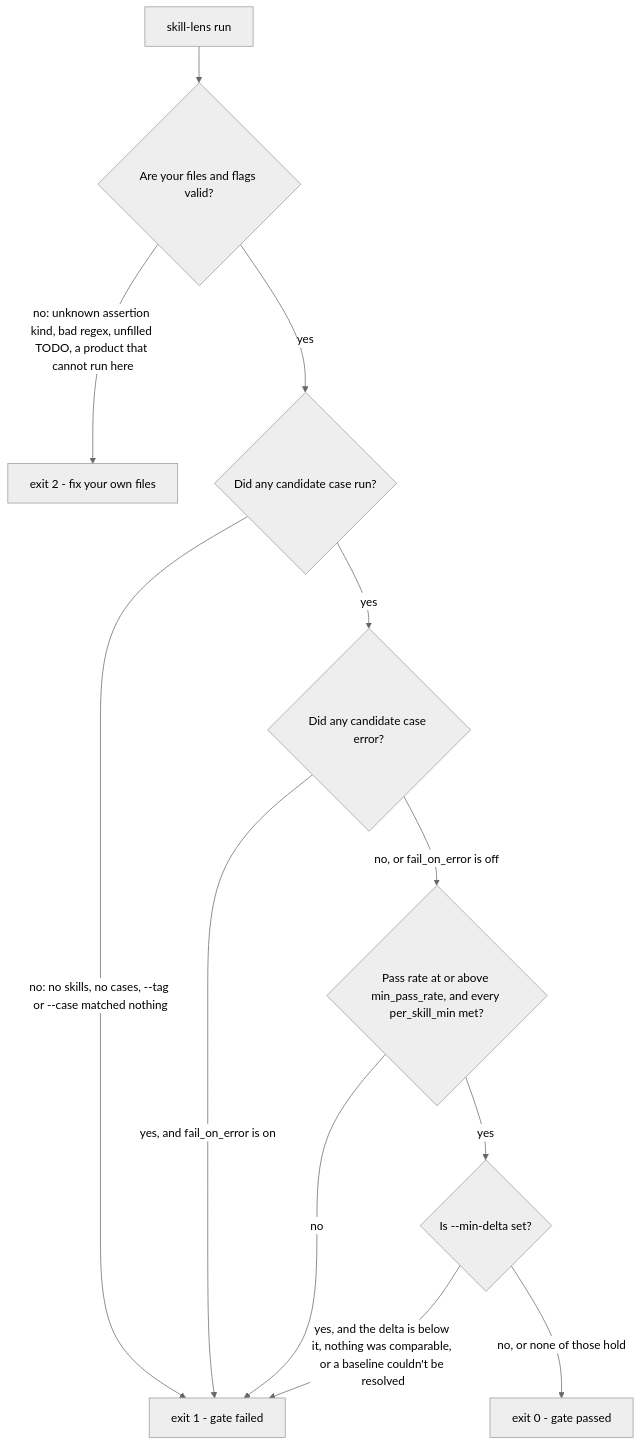
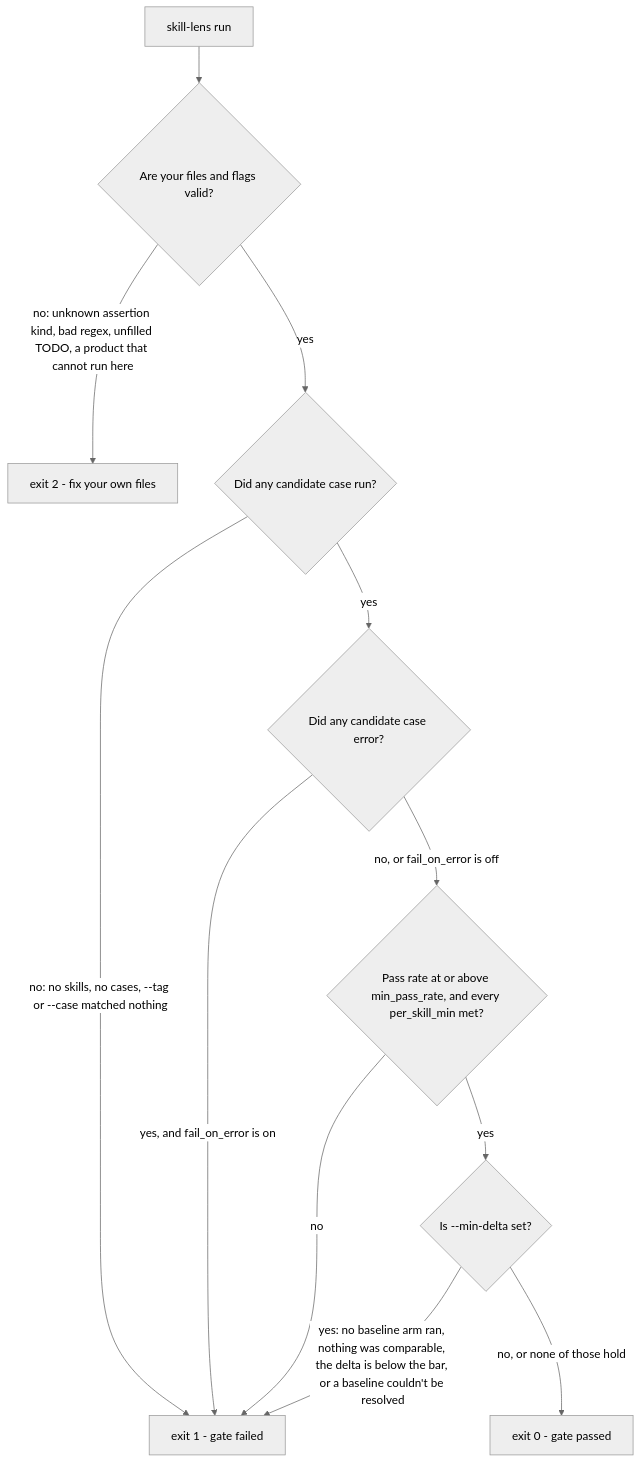
The diagram in docs/gating.md (EmadMokhtar/skill-evaluator), drawn with Mermaid (neutral theme) before and after one commit. The commit also changed other lines of this file and 1 other file, not shown here.

````diff
--- a/docs/gating.md
+++ b/docs/gating.md
@@ -11,14 +11,14 @@
 ```mermaid
 flowchart TD
     START["skill-lens run"] --> AUTH{"Are your files and flags valid?"}
     AUTH -->|"no: unknown assertion kind, bad regex, unfilled TODO, a product that cannot run here"| E2["exit 2 - fix your own files"]
     AUTH -->|yes| RAN{"Did any candidate case run?"}
     RAN -->|"no: no skills, no cases, --tag or --case matched nothing"| E1["exit 1 - gate failed"]
     RAN -->|yes| ERR{"Did any candidate case error?"}
     ERR -->|"yes, and fail_on_error is on"| E1
     ERR -->|"no, or fail_on_error is off"| RATE{"Pass rate at or above min_pass_rate, and every per_skill_min met?"}
     RATE -->|no| E1
     RATE -->|yes| DELTA{"Is --min-delta set?"}
-    DELTA -->|"yes, and the delta is below it, nothing was comparable, or a baseline couldn't be resolved"| E1
+    DELTA -->|"yes: no baseline arm ran, nothing was comparable, the delta is below the bar, or a baseline couldn't be resolved"| E1
     DELTA -->|"no, or none of those hold"| E0["exit 0 - gate passed"]
 ```
````
